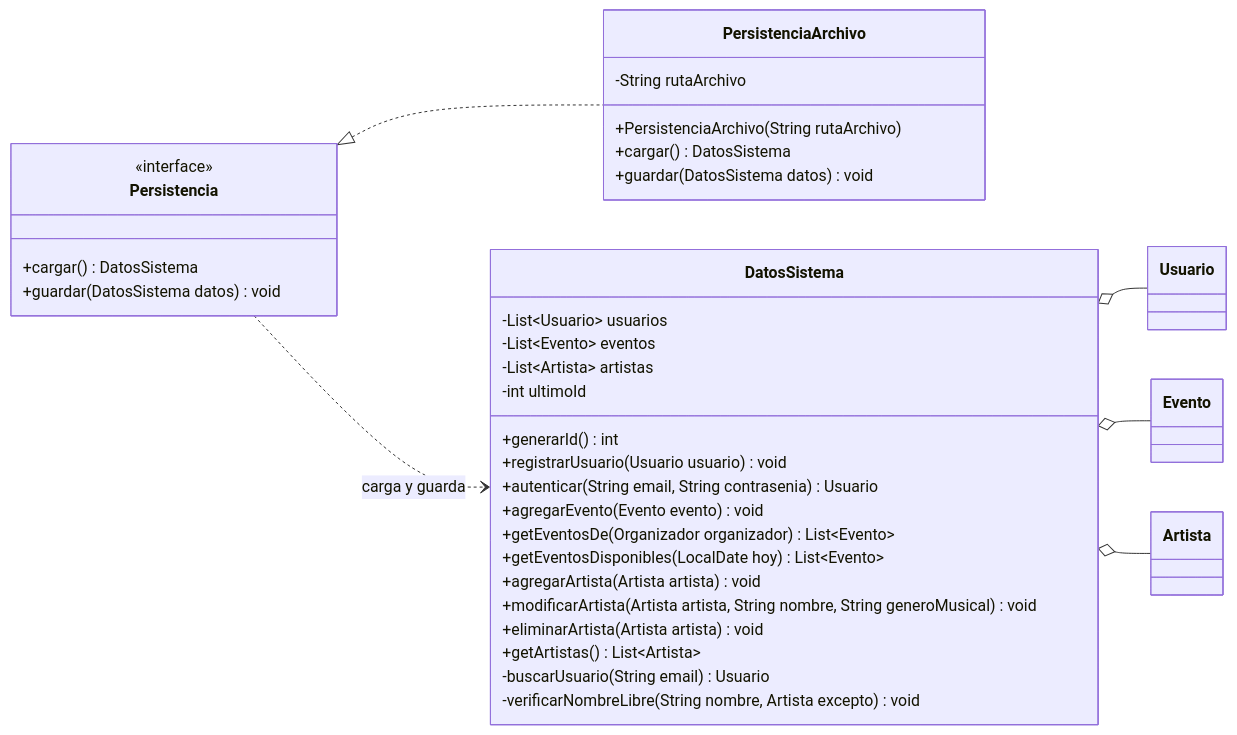
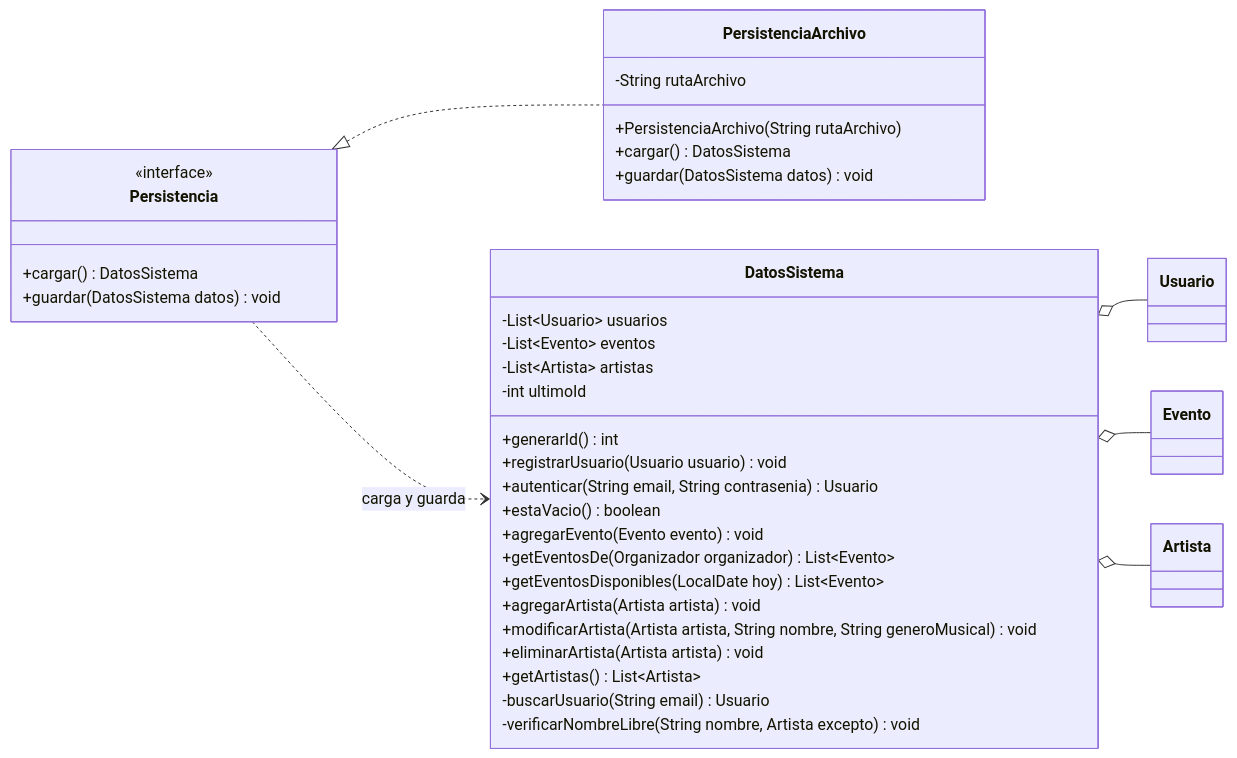
The third of 4 diagrams in docs/diseno/p6-diagrama-de-clases-modelo.md (AgustinSimonenco/gestion-eventos-musicales), drawn with Mermaid before and after one commit. The commit also changed other lines of this file and 13 other files, not shown here.

Commit message:
E15 y E16: manual de uso, guia de defensa, diagramas y secuencia del CU13

````diff
--- a/docs/diseno/p6-diagrama-de-clases-modelo.md
+++ b/docs/diseno/p6-diagrama-de-clases-modelo.md
@@ -342,42 +344,43 @@
 ```mermaid
 classDiagram
     direction LR
 
     class Persistencia {
         <<interface>>
         +cargar() DatosSistema
         +guardar(DatosSistema datos) void
     }
 
     class PersistenciaArchivo {
         -String rutaArchivo
         +PersistenciaArchivo(String rutaArchivo)
         +cargar() DatosSistema
         +guardar(DatosSistema datos) void
     }
 
     class DatosSistema {
         -List~Usuario~ usuarios
         -List~Evento~ eventos
         -List~Artista~ artistas
         -int ultimoId
         +generarId() int
         +registrarUsuario(Usuario usuario) void
         +autenticar(String email, String contrasenia) Usuario
+        +estaVacio() boolean
         +agregarEvento(Evento evento) void
         +getEventosDe(Organizador organizador) List~Evento~
         +getEventosDisponibles(LocalDate hoy) List~Evento~
         +agregarArtista(Artista artista) void
         +modificarArtista(Artista artista, String nombre, String generoMusical) void
         +eliminarArtista(Artista artista) void
         +getArtistas() List~Artista~
         -buscarUsuario(String email) Usuario
         -verificarNombreLibre(String nombre, Artista excepto) void
     }
 
     Persistencia <|.. PersistenciaArchivo
     Persistencia ..> DatosSistema : carga y guarda
     DatosSistema o-- Usuario
     DatosSistema o-- Evento
     DatosSistema o-- Artista
 ```
````
